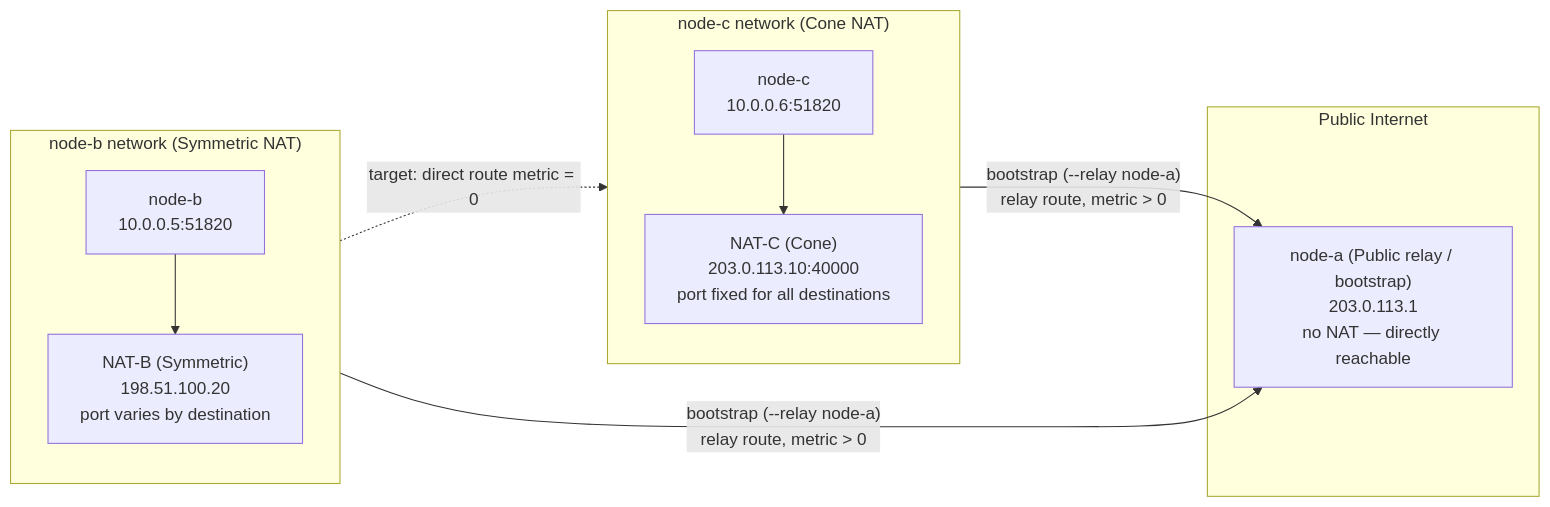
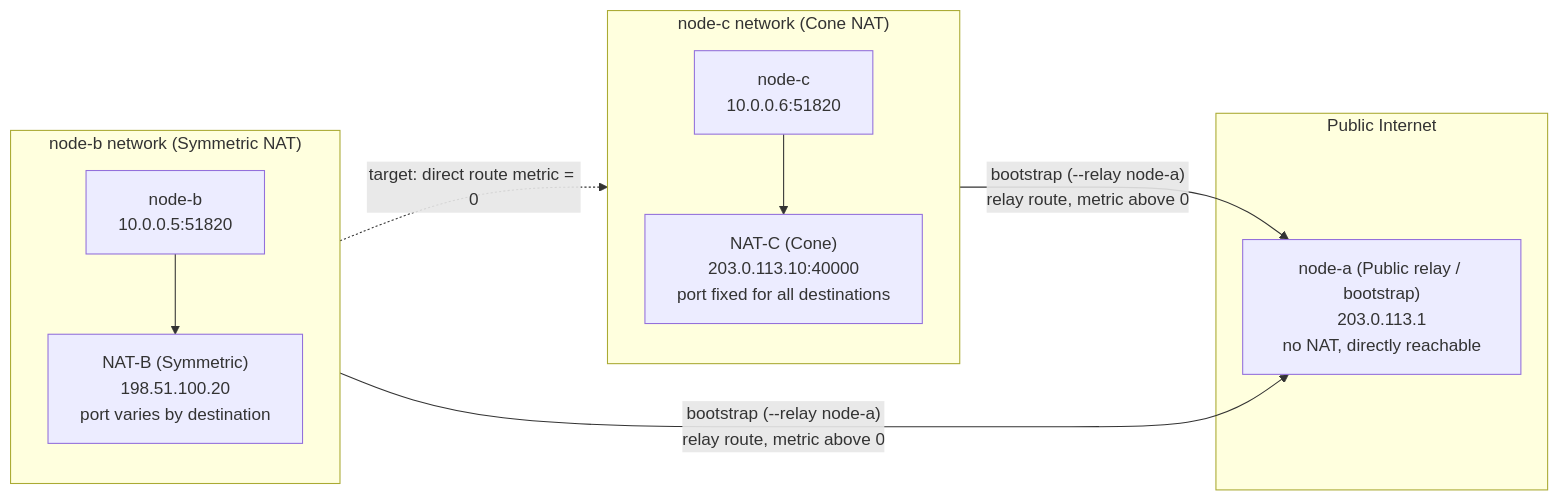
One commit to rustp2p/rustp2p changed diagram 25 of 27 in docs/nat-punch-principles.md. Above: the diagram before and after it, drawn with Mermaid. The commit also changed other lines of this file, not shown here.

Commit message:
docs: harden mermaid labels after section 5.3 for renderer compatibility

````diff
--- a/docs/nat-punch-principles.md
+++ b/docs/nat-punch-principles.md
@@ -1007,25 +1007,25 @@
 ```mermaid
 flowchart LR
     subgraph PUB["Public Internet"]
-        NA["node-a (Public relay / bootstrap)<br/>203.0.113.1<br/>no NAT — directly reachable"]
+        NA["node-a (Public relay / bootstrap)<br/>203.0.113.1<br/>no NAT, directly reachable"]
     end
 
     subgraph NBN["node-b network (Symmetric NAT)"]
         direction TB
         NBI["node-b<br/>10.0.0.5:51820"]
         NBNAT["NAT-B (Symmetric)<br/>198.51.100.20<br/>port varies by destination"]
         NBI --> NBNAT
     end
 
     subgraph NCN["node-c network (Cone NAT)"]
         direction TB
         NCI["node-c<br/>10.0.0.6:51820"]
         NCNAT["NAT-C (Cone)<br/>203.0.113.10:40000<br/>port fixed for all destinations"]
         NCI --> NCNAT
     end
 
-    NBNAT -->|"bootstrap (--relay node-a)<br/>relay route, metric &gt; 0"| NA
-    NCNAT -->|"bootstrap (--relay node-a)<br/>relay route, metric &gt; 0"| NA
+    NBNAT -->|"bootstrap (--relay node-a)<br/>relay route, metric above 0"| NA
+    NCNAT -->|"bootstrap (--relay node-a)<br/>relay route, metric above 0"| NA
 
     NBNAT -.->|"target: direct route metric = 0"| NCNAT
 ```
````
